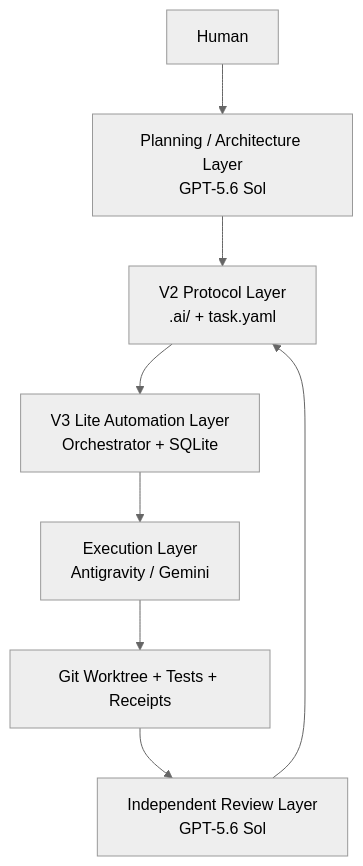
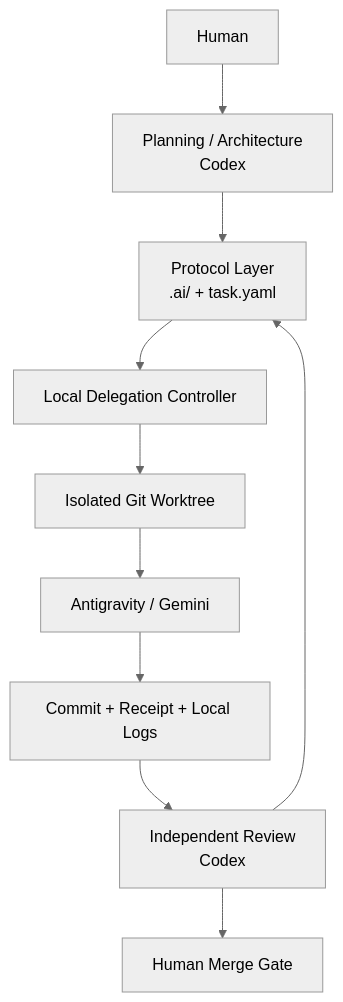
The diagram in docs/ARCHITECTURE.md (zhttttttty/gpt-antigravity-dev-control), drawn with Mermaid (neutral theme) before and after one commit. The commit also changed other lines of this file and 29 other files, not shown here.

````diff
--- a/docs/ARCHITECTURE.md
+++ b/docs/ARCHITECTURE.md
@@ -14,10 +10,12 @@
 ```mermaid
 flowchart TB
-  U[Human] --> P[Planning / Architecture Layer\nGPT-5.6 Sol]
-  P --> C[V2 Protocol Layer\n.ai/ + task.yaml]
-  C --> O[V3 Lite Automation Layer\nOrchestrator + SQLite]
-  O --> W[Execution Layer\nAntigravity / Gemini]
-  W --> G[Git Worktree + Tests + Receipts]
-  G --> R[Independent Review Layer\nGPT-5.6 Sol]
+  U[Human] --> P[Planning / Architecture\nCodex]
+  P --> C[Protocol Layer\n.ai/ + task.yaml]
+  C --> D[Local Delegation Controller]
+  D --> W[Isolated Git Worktree]
+  W --> E[Antigravity / Gemini]
+  E --> G[Commit + Receipt + Local Logs]
+  G --> R[Independent Review\nCodex]
   R --> C
+  R --> M[Human Merge Gate]
 ```
````
